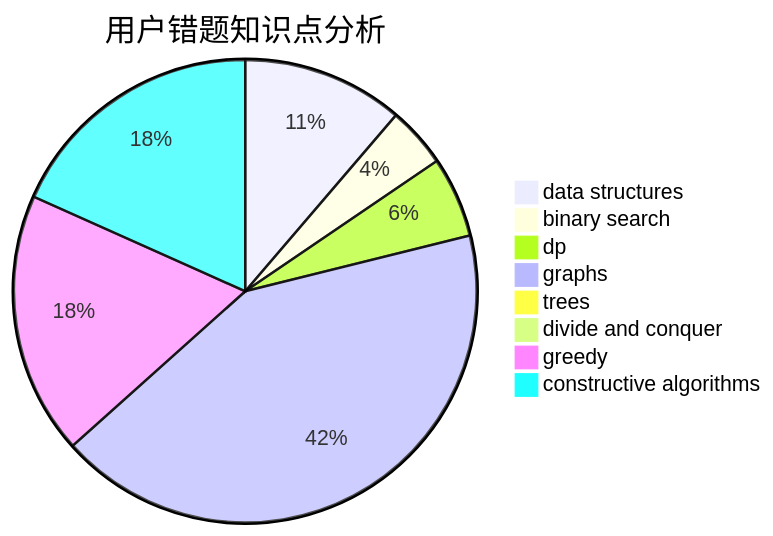
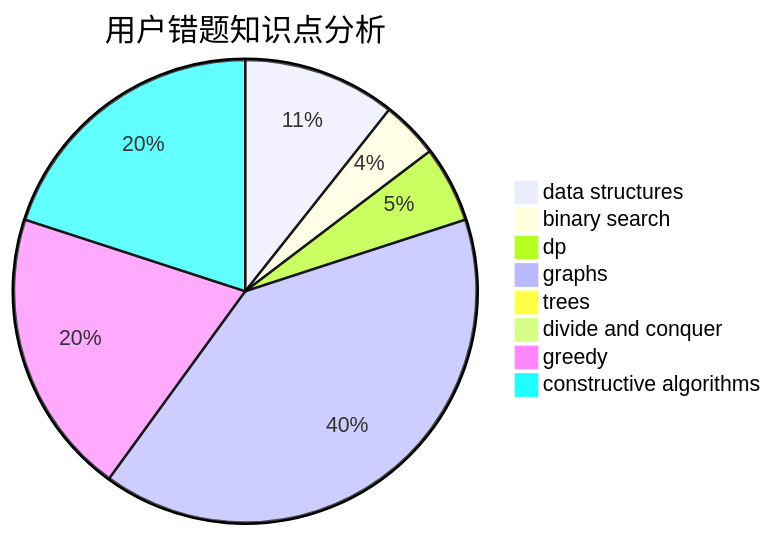
One commit to sherpahu/cfrs.github.io changed the third of 3 diagrams in docs/user/u2306.md. Above: the diagram before and after it, drawn with Mermaid. The commit also changed other lines of this file and 2770 other files, not shown here.

````diff
--- a/docs/user/u2306.md
+++ b/docs/user/u2306.md
@@ -36,11 +36,11 @@
 ```mermaid
 pie title 用户错题知识点分析
     "data structures" :  8
     "binary search" :  3
     "dp" :  4
     "graphs" :  30
     "trees" :  0
     "divide and conquer" :  0
-    "greedy" :  13
-    "constructive algorithms" :  13
+    "greedy" :  15
+    "constructive algorithms" :  15
 ```
````
